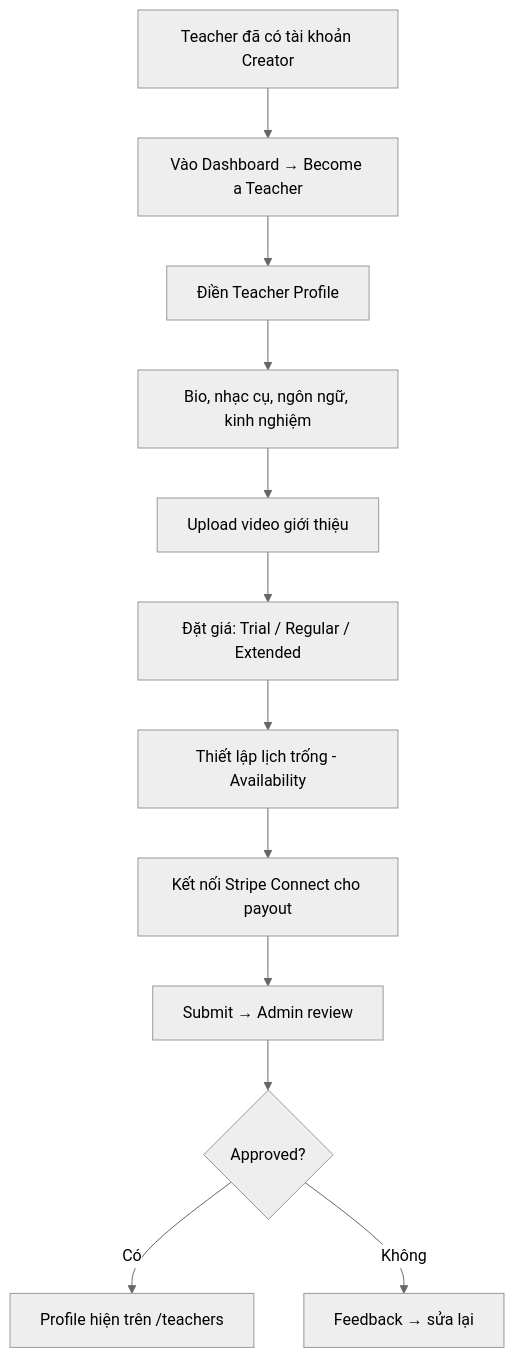
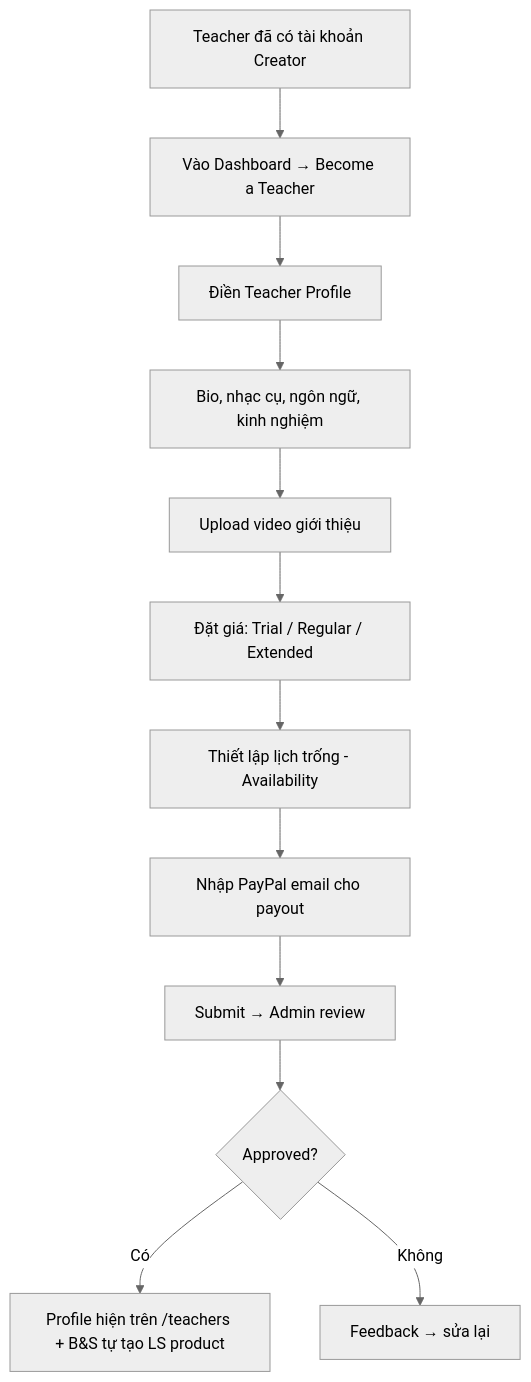
Before and after one commit to trungtrungkang/backing-score: the first of 4 diagrams in docs/main/marketplace_design.md, drawn with Mermaid (neutral theme). The commit also changed other lines of this file and 2 other files, not shown here.

First line of the commit message:
docs: replace Stripe Connect with LemonSqueezy payment architecture

````diff
--- a/docs/main/marketplace_design.md
+++ b/docs/main/marketplace_design.md
@@ -183,14 +183,14 @@
 ```mermaid
 flowchart TD
     A[Teacher đã có tài khoản Creator] --> B[Vào Dashboard → Become a Teacher]
     B --> C[Điền Teacher Profile]
     C --> D[Bio, nhạc cụ, ngôn ngữ, kinh nghiệm]
     D --> E[Upload video giới thiệu]
     E --> F[Đặt giá: Trial / Regular / Extended]
     F --> G[Thiết lập lịch trống - Availability]
-    G --> H[Kết nối Stripe Connect cho payout]
+    G --> H[Nhập PayPal email cho payout]
     H --> I[Submit → Admin review]
     I --> J{Approved?}
-    J -->|Có| K[Profile hiện trên /teachers]
+    J -->|Có| K[Profile hiện trên /teachers + B&S tự tạo LS product]
     J -->|Không| L[Feedback → sửa lại]
 ```
````
